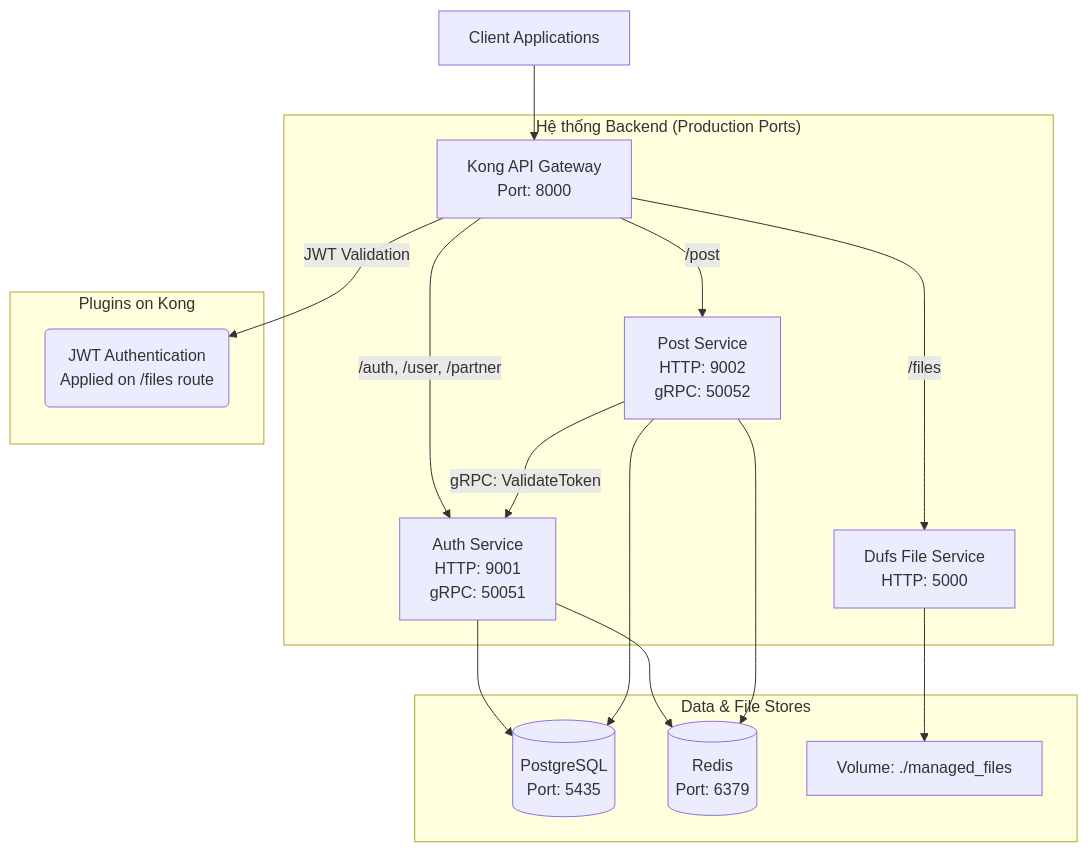
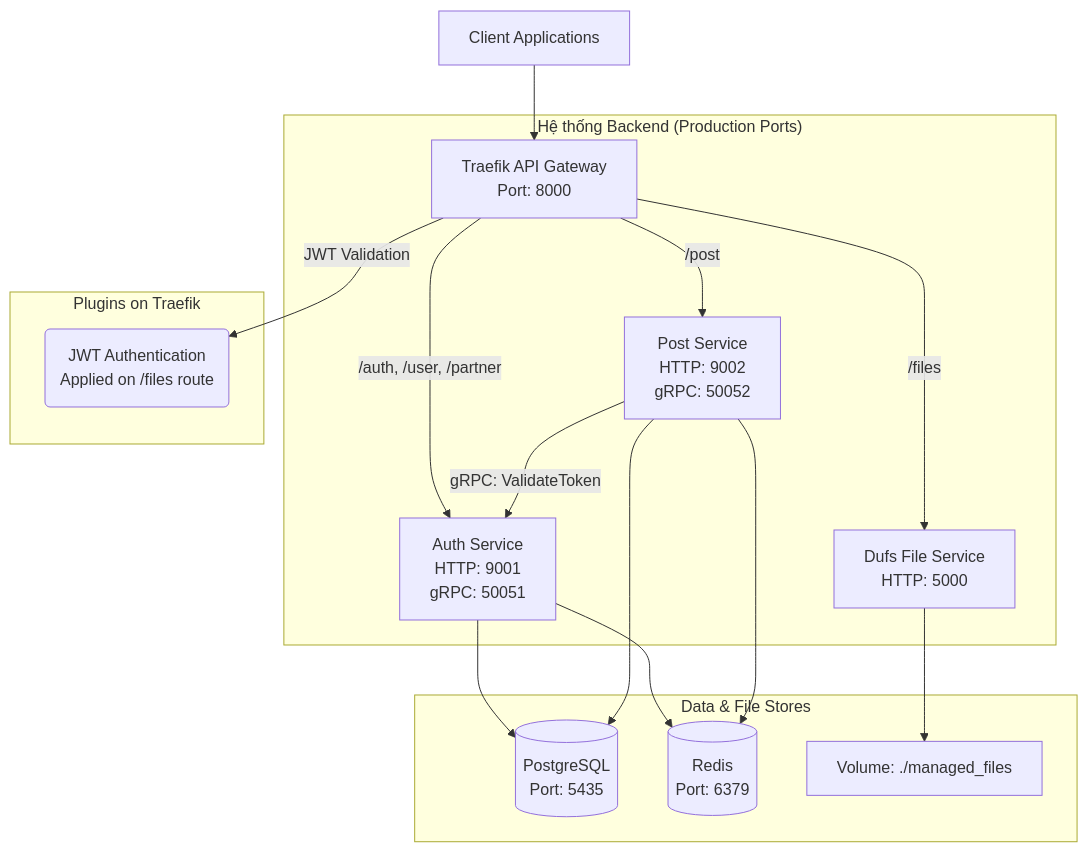
Before and after one commit to tinhthanh/nestjs-microservices: the diagram in ARCHITECTURE.md, drawn with Mermaid. The commit also changed other lines of this file and 47 other files, not shown here.

````diff
--- a/ARCHITECTURE.md
+++ b/ARCHITECTURE.md
@@ -5,26 +5,26 @@
 ```mermaid
 graph TD
-    Client[Client Applications] --> Kong[Kong API Gateway<br/>Port: 8000]
+    Client[Client Applications] --> Traefik[Traefik API Gateway<br/>Port: 8000]
 
     subgraph "Hệ thống Backend (Production Ports)"
-        Kong -- "/auth, /user, /partner" --> AuthService[Auth Service<br/>HTTP: 9001<br/>gRPC: 50051]
-        Kong -- "/post" --> PostService[Post Service<br/>HTTP: 9002<br/>gRPC: 50052]
-        Kong -- "/files" --> DufsService[Dufs File Service<br/>HTTP: 5000]
+        Traefik -- "/auth, /user, /partner" --> AuthService[Auth Service<br/>HTTP: 9001<br/>gRPC: 50051]
+        Traefik -- "/post" --> PostService[Post Service<br/>HTTP: 9002<br/>gRPC: 50052]
+        Traefik -- "/files" --> DufsService[Dufs File Service<br/>HTTP: 5000]
 
         PostService -- "gRPC: ValidateToken" --> AuthService
     end
     
-    subgraph "Plugins on Kong"
+    subgraph "Plugins on Traefik"
         JWTPlugin(JWT Authentication<br/>Applied on /files route)
     end
 
-    Kong -- "JWT Validation" --> JWTPlugin
+    Traefik -- "JWT Validation" --> JWTPlugin
 
     subgraph "Data & File Stores"
         AuthService --> PostgreSQL[(PostgreSQL<br/>Port: 5435)]
         PostService --> PostgreSQL
         AuthService --> Redis[(Redis<br/>Port: 6379)]
         PostService --> Redis
         DufsService --> ManagedFiles[Volume: ./managed_files]
     end
 ```
````
